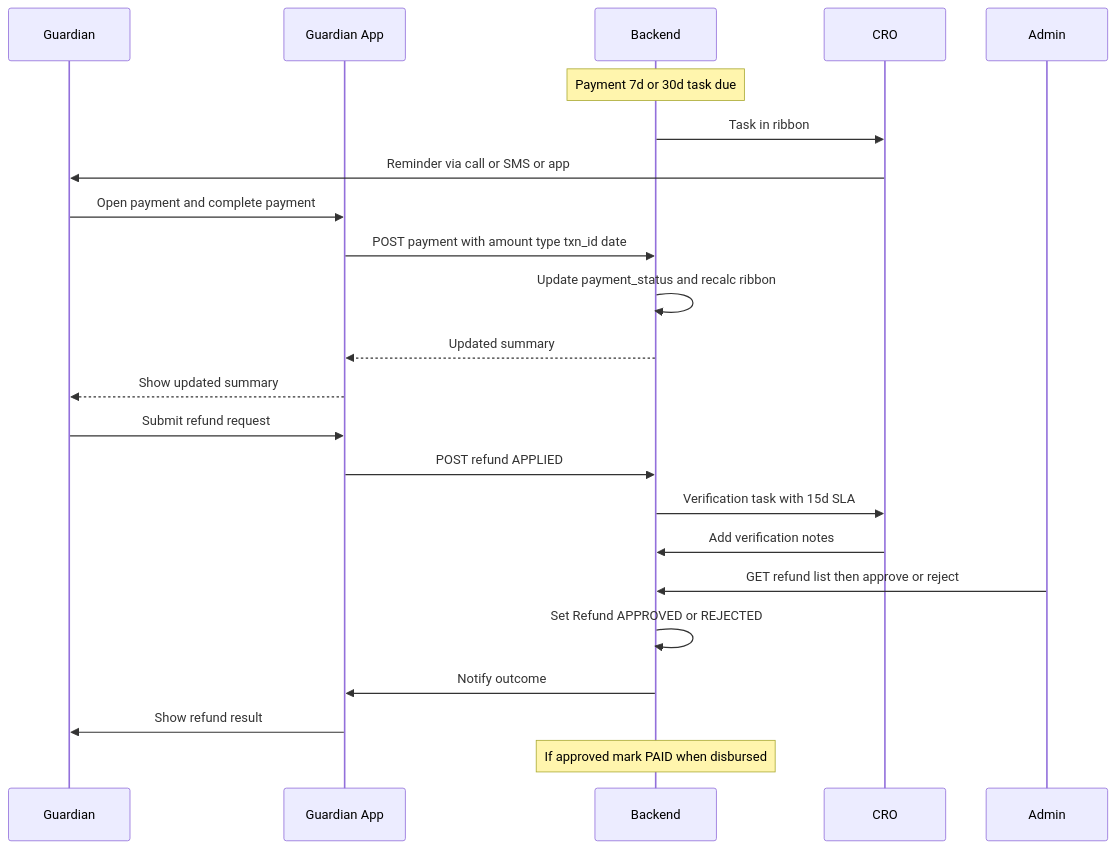
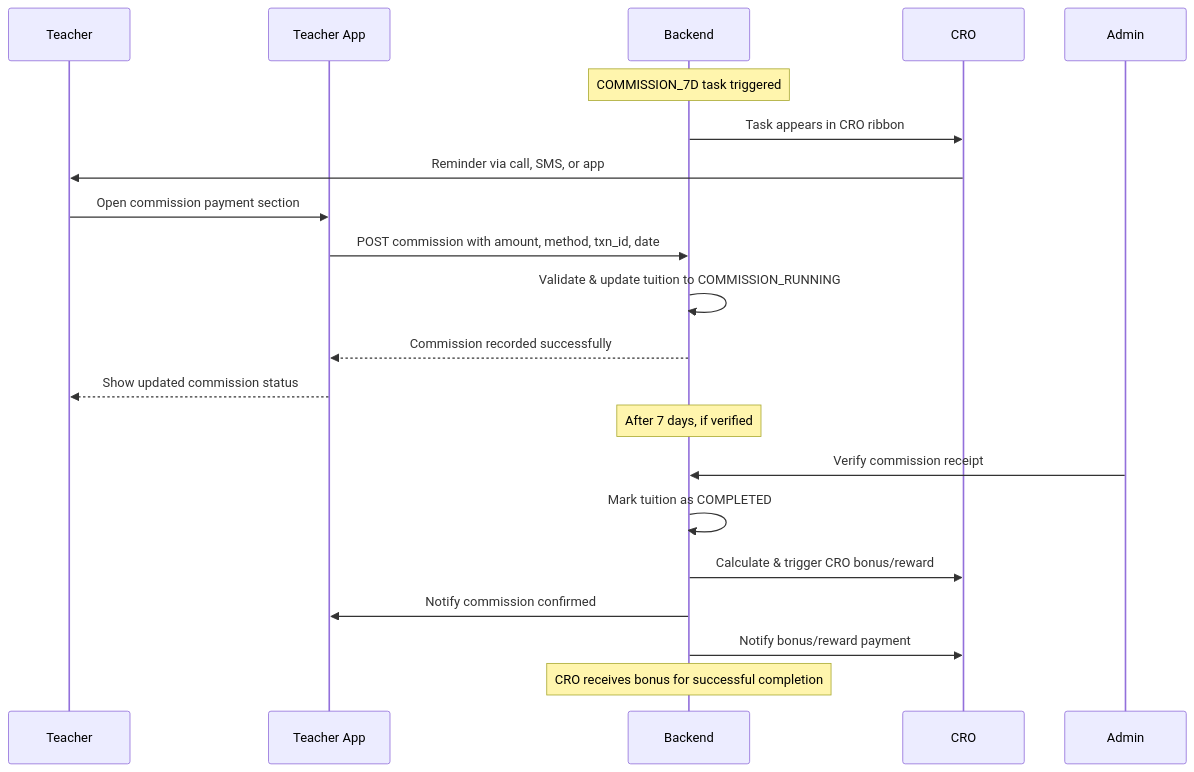
Before and after one commit to NeexG/bright-tutor-documentation: diagram 14 of 15 in README.md, drawn with Mermaid. The commit also changed other lines of this file, not shown here.

````diff
--- a/README.md
+++ b/README.md
@@ -1849,27 +1886,25 @@
 ```mermaid
 sequenceDiagram
-  participant G as Guardian
-  participant App as Guardian App
+  participant T as Teacher
+  participant TApp as Teacher App
   participant API as Backend
   participant CRO as CRO
   participant Admin as Admin
 
-  Note over API: Payment 7d or 30d task due
-  API->>CRO: Task in ribbon
-  CRO->>G: Reminder via call or SMS or app
-  G->>App: Open payment and complete payment
-  App->>API: POST payment with amount type txn_id date
-  API->>API: Update payment_status and recalc ribbon
-  API-->>App: Updated summary
-  App-->>G: Show updated summary
+  Note over API: COMMISSION_7D task triggered
+  API->>CRO: Task appears in CRO ribbon
+  CRO->>T: Reminder via call, SMS, or app
+  T->>TApp: Open commission payment section
+  TApp->>API: POST commission with amount, method, txn_id, date
+  API->>API: Validate & update tuition to COMMISSION_RUNNING
+  API-->>TApp: Commission recorded successfully
+  TApp-->>T: Show updated commission status
 
-  G->>App: Submit refund request
-  App->>API: POST refund APPLIED
-  API->>CRO: Verification task with 15d SLA
-  CRO->>API: Add verification notes
-  Admin->>API: GET refund list then approve or reject
-  API->>API: Set Refund APPROVED or REJECTED
-  API->>App: Notify outcome
-  App->>G: Show refund result
-  Note over API: If approved mark PAID when disbursed
+  Note over API: After 7 days, if verified
+  Admin->>API: Verify commission receipt
+  API->>API: Mark tuition as COMPLETED
+  API->>CRO: Calculate & trigger CRO bonus/reward
+  API->>TApp: Notify commission confirmed
+  API->>CRO: Notify bonus/reward payment
+  Note over API: CRO receives bonus for successful completion
 ```
````
